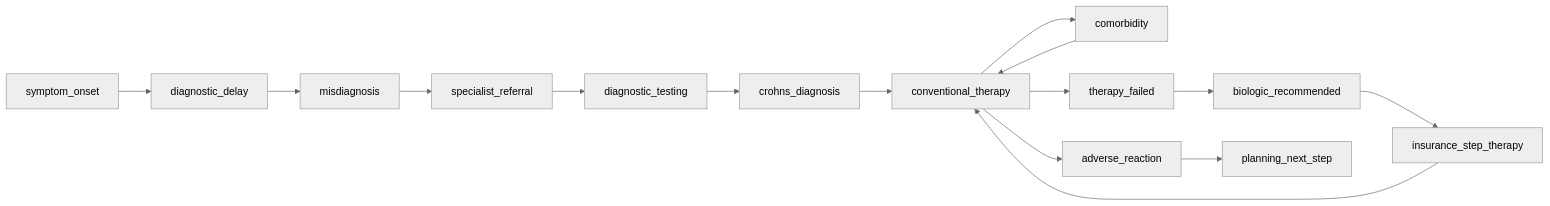
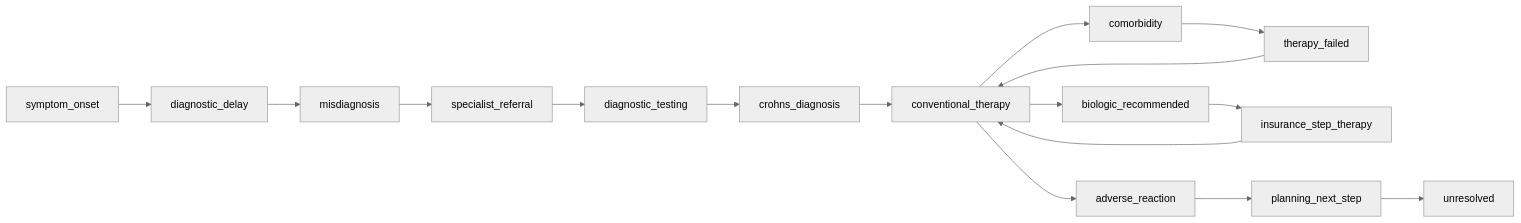
One commit to carecodeconnect/crohnicity changed diagram 24 of 50 in docs/referral_pathways.md. Above: the diagram before and after it, drawn with Mermaid. The commit also changed other lines of this file and 107 other files, not shown here.

````diff
--- a/docs/referral_pathways.md
+++ b/docs/referral_pathways.md
@@ -896,31 +908,33 @@
 ``` mermaid
 %%{init: {'theme':'neutral'}}%%
 flowchart LR
     n0["symptom_onset"]
     n1["diagnostic_delay"]
     n2["misdiagnosis"]
     n3["specialist_referral"]
     n4["diagnostic_testing"]
     n5["crohns_diagnosis"]
     n6["conventional_therapy"]
     n7["comorbidity"]
     n8["therapy_failed"]
     n9["biologic_recommended"]
     n10["insurance_step_therapy"]
     n11["adverse_reaction"]
     n12["planning_next_step"]
+    n13["unresolved"]
     n0 -->n1
     n1 -->n2
     n2 -->n3
     n3 -->n4
     n4 -->n5
     n5 -->n6
     n6 -->n7
-    n7 -->n6
-    n6 -->n8
-    n8 -->n9
+    n7 -->n8
+    n8 -->n6
+    n6 -->n9
     n9 -->n10
     n10 -->n6
     n6 -->n11
     n11 -->n12
+    n12 -->n13
 ```
````
